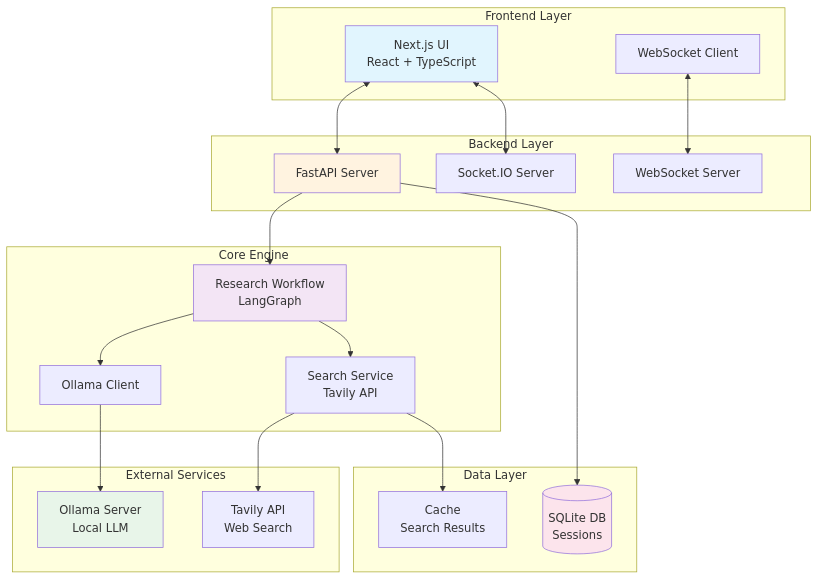
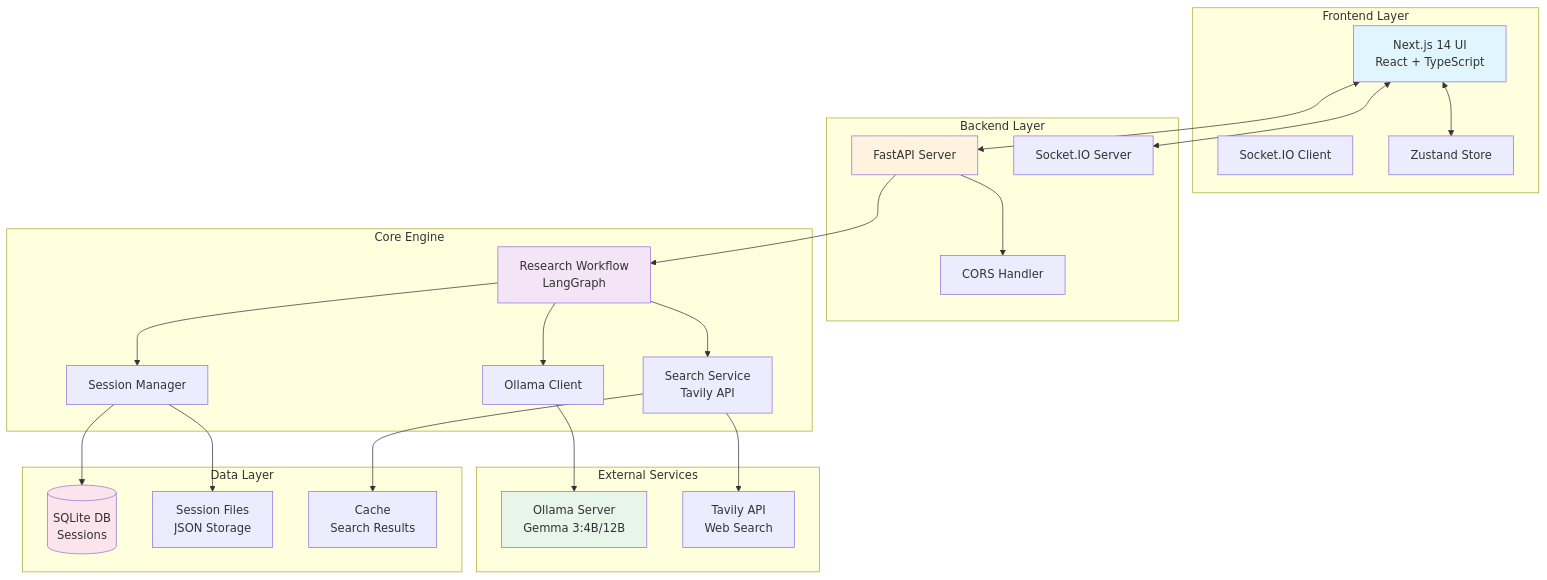
One commit to laurus-kpa007/open-deep-research changed the first of 11 diagrams in ARCHITECTURE.md. Above: the diagram before and after it, drawn with Mermaid. The commit also changed other lines of this file and 3 other files, not shown here.

````diff
--- a/ARCHITECTURE.md
+++ b/ARCHITECTURE.md
@@ -25,49 +27,55 @@
 ```mermaid
 graph TB
     subgraph "Frontend Layer"
-        UI[Next.js UI<br/>React + TypeScript]
-        WS[WebSocket Client]
+        UI[Next.js 14 UI<br/>React + TypeScript]
+        WS[Socket.IO Client]
+        ZS[Zustand Store]
     end
-    
+
     subgraph "Backend Layer"
         API[FastAPI Server]
-        WSS[WebSocket Server]
         SIO[Socket.IO Server]
+        CORS[CORS Handler]
     end
-    
+
     subgraph "Core Engine"
         WF[Research Workflow<br/>LangGraph]
         OC[Ollama Client]
         SS[Search Service<br/>Tavily API]
+        SM[Session Manager]
     end
-    
+
     subgraph "External Services"
-        OL[Ollama Server<br/>Local LLM]
+        OL[Ollama Server<br/>Gemma 3:4B/12B]
         TA[Tavily API<br/>Web Search]
     end
-    
+
     subgraph "Data Layer"
         DB[(SQLite DB<br/>Sessions)]
+        SF[Session Files<br/>JSON Storage]
         CACHE[Cache<br/>Search Results]
     end
-    
+
     UI <--> API
-    WS <--> WSS
     UI <--> SIO
-    
+    UI <--> ZS
+
+    API --> CORS
     API --> WF
     WF --> OC
     WF --> SS
-    
+    WF --> SM
+
     OC --> OL
     SS --> TA
-    
-    API --> DB
+
+    SM --> DB
+    SM --> SF
     SS --> CACHE
-    
+
     style UI fill:#e1f5fe
     style API fill:#fff3e0
     style WF fill:#f3e5f5
     style OL fill:#e8f5e9
     style DB fill:#fce4ec
 ```
````
